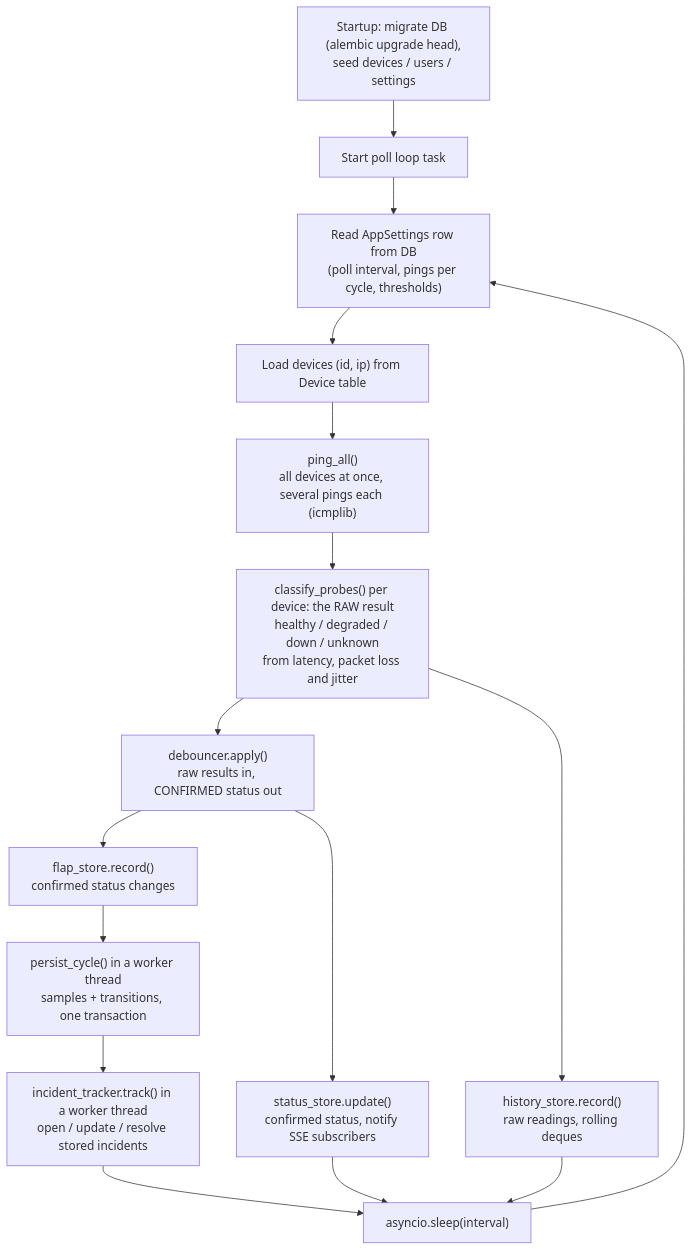
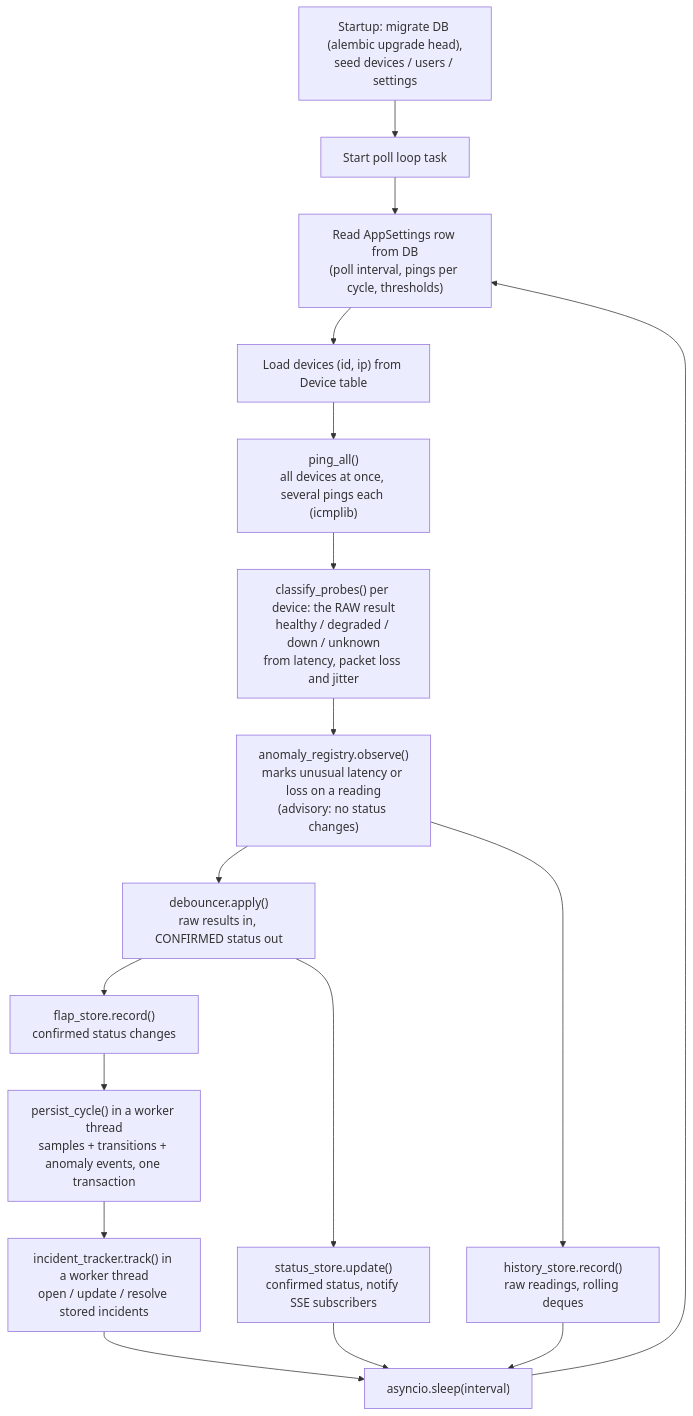
Before and after one commit to dumbL4d/network-analyser: the second of 10 diagrams in README.md, drawn with Mermaid. The commit also changed other lines of this file and 35 other files, not shown here.

First line of the commit message:
feat: add EWMA and rolling z-score anomaly detection with evaluation

````diff
--- a/README.md
+++ b/README.md
@@ -200,18 +213,19 @@
 ```mermaid
 flowchart TD
     A["Startup: migrate DB (alembic upgrade head),<br/>seed devices / users / settings"] --> B["Start poll loop task"]
     B --> C["Read AppSettings row from DB<br/>(poll interval, pings per cycle, thresholds)"]
     C --> D["Load devices (id, ip) from Device table"]
     D --> E["ping_all()<br/>all devices at once, several pings each (icmplib)"]
     E --> F["classify_probes() per device: the RAW result<br/>healthy / degraded / down / unknown<br/>from latency, packet loss and jitter"]
-    F --> K["debouncer.apply()<br/>raw results in, CONFIRMED status out"]
-    F --> H["history_store.record()<br/>raw readings, rolling deques"]
+    F --> N["anomaly_registry.observe()<br/>marks unusual latency or loss on a reading<br/>(advisory: no status changes)"]
+    N --> K["debouncer.apply()<br/>raw results in, CONFIRMED status out"]
+    N --> H["history_store.record()<br/>raw readings, rolling deques"]
     K --> G["status_store.update()<br/>confirmed status, notify SSE subscribers"]
     K --> I["flap_store.record()<br/>confirmed status changes"]
-    I --> P["persist_cycle() in a worker thread<br/>samples + transitions, one transaction"]
+    I --> P["persist_cycle() in a worker thread<br/>samples + transitions + anomaly events, one transaction"]
     P --> T["incident_tracker.track() in a worker thread<br/>open / update / resolve stored incidents"]
     T --> J["asyncio.sleep(interval)"]
     G --> J
     H --> J
     J --> C
 ```
````
